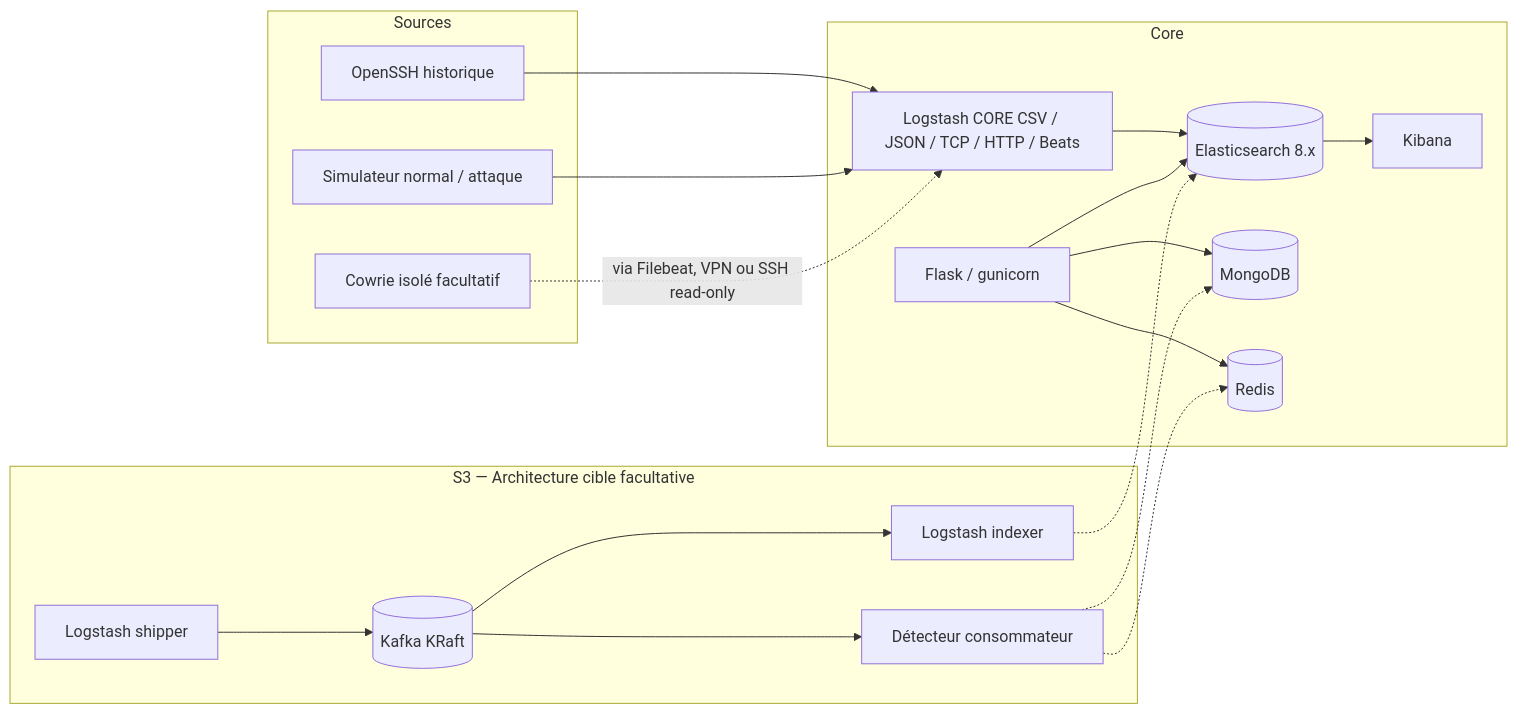
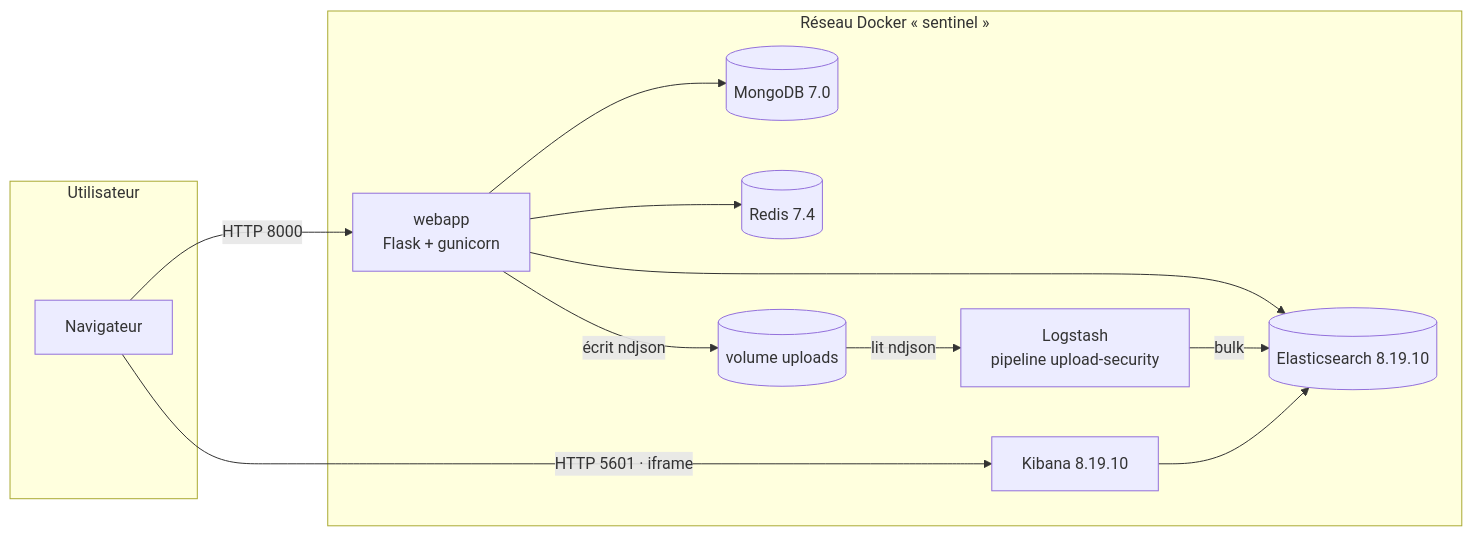
Before and after one commit to syrinemrf/CampusGuard: the second of 8 diagrams in docs/ARCHITECTURE.md, drawn with Mermaid. The commit also changed other lines of this file and 24 other files, not shown here.

First line of the commit message:
docs(s3): functional analysis v1.0, technical architecture v1.0, S3 status

````diff
--- a/docs/ARCHITECTURE.md
+++ b/docs/ARCHITECTURE.md
@@ -22,35 +34,24 @@
 ```mermaid
 flowchart LR
-subgraph Sources
-S1[OpenSSH historique]
-S2[Simulateur normal / attaque]
-S3[Cowrie isolé facultatif]
-end
-subgraph Core
-LS[Logstash CORE CSV / JSON / TCP / HTTP / Beats]
-ES[(Elasticsearch 8.x)]
-KB[Kibana]
-Web[Flask / gunicorn]
-MG[(MongoDB)]
-RD[(Redis)]
-end
-S1 --> LS
-S2 --> LS
-S3 -.via Filebeat, VPN ou SSH read-only.-> LS
-LS --> ES
-ES --> KB
-Web --> ES
-Web --> MG
-Web --> RD
-subgraph Stream [S3 — Architecture cible facultative]
-SH[Logstash shipper]
-KA[(Kafka KRaft)]
-IN[Logstash indexer]
-DT[Détecteur consommateur]
-SH --> KA --> IN
-KA --> DT
-end
-IN -.-> ES
-DT -.-> MG
-DT -.-> RD
+  subgraph Utilisateur
+    B[Navigateur]
+  end
+  subgraph Docker["Réseau Docker « sentinel »"]
+    W[webapp<br/>Flask + gunicorn]
+    LS[Logstash<br/>pipeline upload-security]
+    ES[(Elasticsearch 8.19.10)]
+    KB[Kibana 8.19.10]
+    MG[(MongoDB 7.0)]
+    RD[(Redis 7.4)]
+    V[(volume uploads)]
+  end
+  B -->|HTTP 8000| W
+  B -->|HTTP 5601 · iframe| KB
+  W --> ES
+  W --> MG
+  W --> RD
+  W -->|écrit ndjson| V
+  V -->|lit ndjson| LS
+  LS -->|bulk| ES
+  KB --> ES
 ```
````
